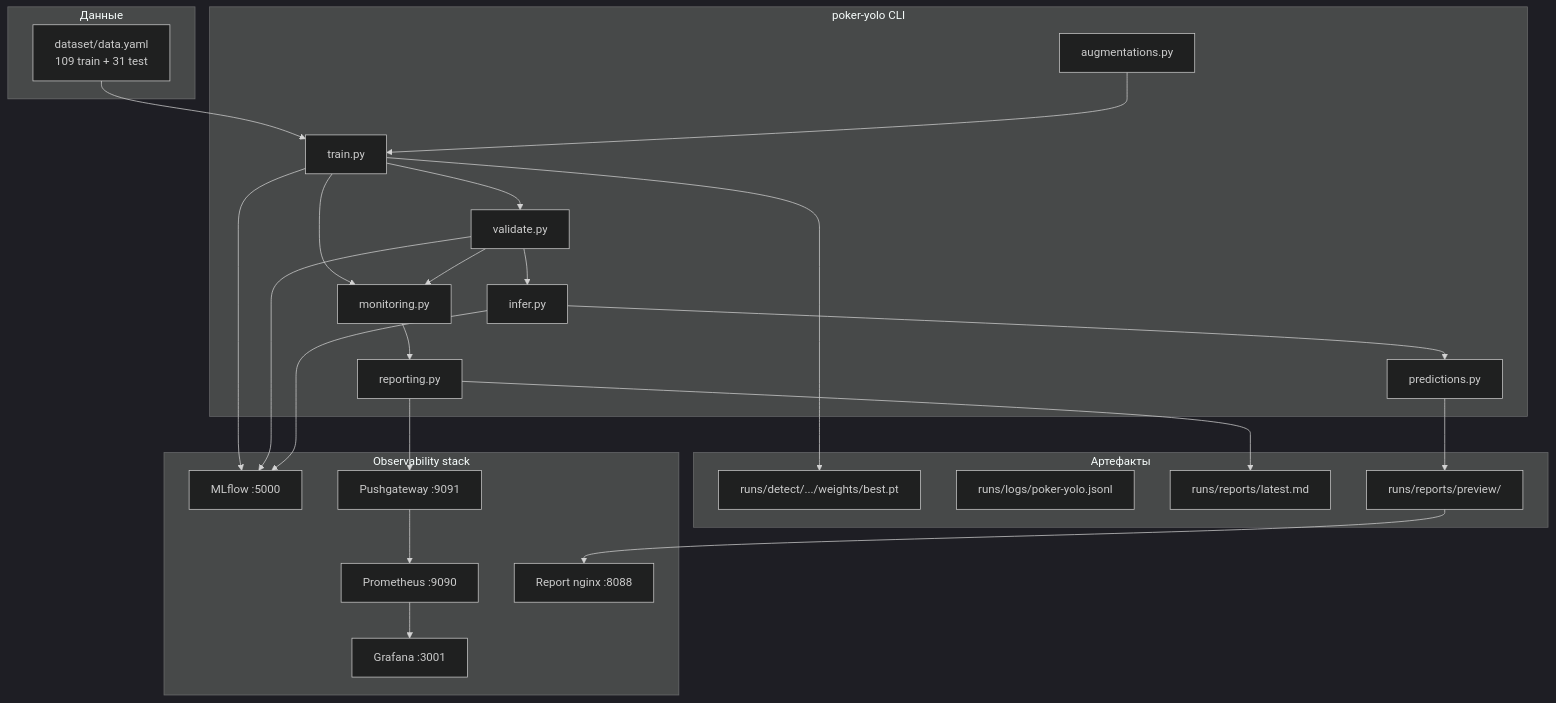
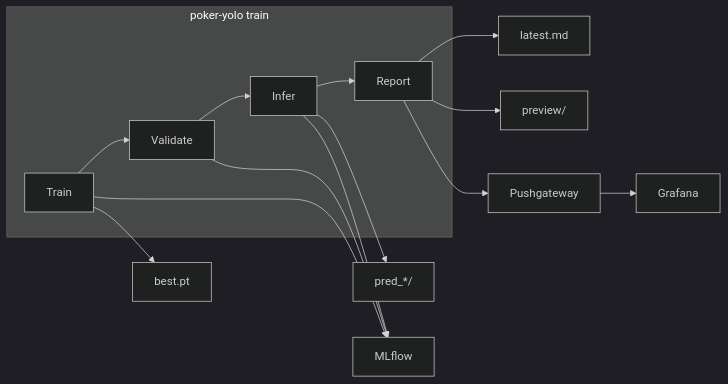
The diagram in README.md (l00fi/CV_proj_univ), drawn with Mermaid (dark theme) before and after one commit. The commit also changed other lines of this file and 1 other file, not shown here.

````diff
--- a/README.md
+++ b/README.md
@@ -28,50 +108,15 @@
 ```mermaid
-flowchart TB
-    subgraph data [Данные]
-        DS[dataset/data.yaml<br/>109 train + 31 test]
+flowchart LR
+    subgraph cmd [poker-yolo train]
+        T[Train] --> V[Validate] --> I[Infer] --> R[Report]
     end
 
-    subgraph pipeline [poker-yolo CLI]
-        TR[train.py]
-        VA[validate.py]
-        IN[infer.py]
-        AU[augmentations.py]
-        MO[monitoring.py]
-        PR[predictions.py]
-        RP[reporting.py]
-    end
+    T --> W[best.pt]
+    I --> P[pred_*/]
+    R --> MD[latest.md]
+    R --> PV[preview/]
 
-    subgraph outputs [Артефакты]
-        W[runs/detect/.../weights/best.pt]
-        LG[runs/logs/poker-yolo.jsonl]
-        RPT[runs/reports/latest.md]
-        PV[runs/reports/preview/]
-    end
-
-    subgraph observability [Observability stack]
-        MLF[MLflow :5000]
-        PGW[Pushgateway :9091]
-        PROM[Prometheus :9090]
-        GRAF[Grafana :3001]
-        NGX[Report nginx :8088]
-    end
-
-    DS --> TR
-    AU --> TR
-    TR --> VA
-    VA --> IN
-    TR --> W
-    TR --> MO
-    VA --> MO
-    IN --> PR
-    PR --> PV
-    MO --> RP
-    RP --> RPT
-    RP --> PGW
-    PGW --> PROM
-    PROM --> GRAF
-    PV --> NGX
-    TR --> MLF
-    VA --> MLF
-    IN --> MLF
+    R --> PGW[Pushgateway]
+    PGW --> GRAF[Grafana]
+    T & V & I --> MLF[MLflow]
 ```
````
